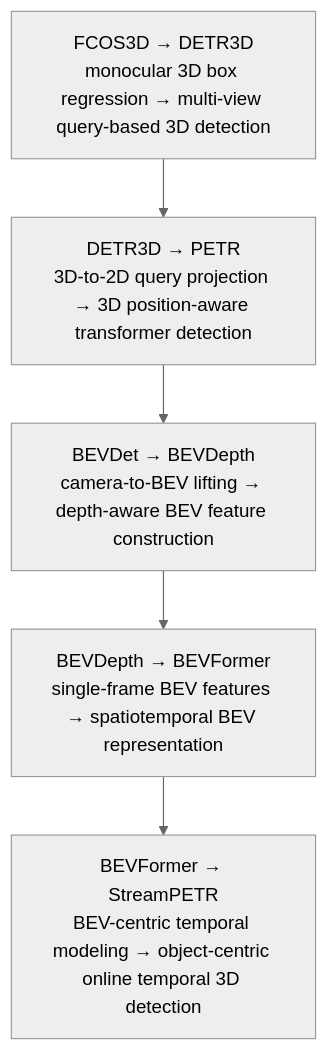
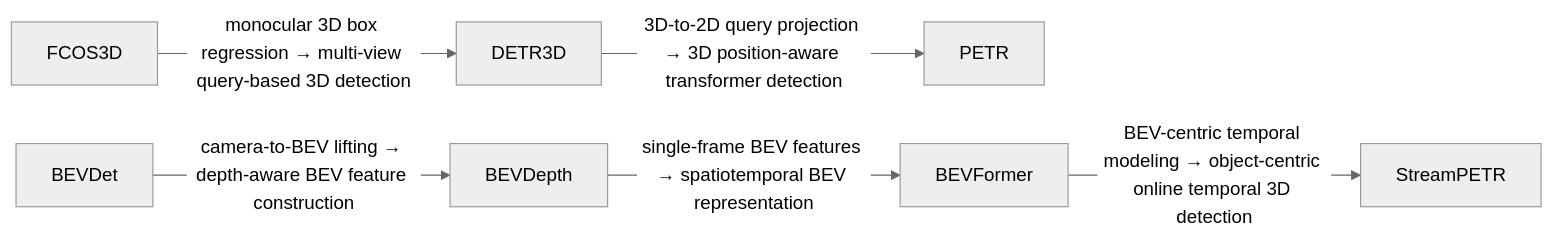
The seventh of 15 diagrams in README.md (SechanOh/awesome-multimodal-perception), drawn with Mermaid (neutral theme) before and after one commit. The commit also changed other lines of this file, not shown here.

Commit message:
Refine field evolution diagrams

````diff
--- a/README.md
+++ b/README.md
@@ -273,9 +308,15 @@
 ```mermaid
-flowchart TD
-    step1["FCOS3D → DETR3D<br/>monocular 3D box regression → multi-view query-based 3D detection"]
-    step2["DETR3D → PETR<br/>3D-to-2D query projection → 3D position-aware transformer detection"]
-    step3["BEVDet → BEVDepth<br/>camera-to-BEV lifting → depth-aware BEV feature construction"]
-    step4["BEVDepth → BEVFormer<br/>single-frame BEV features → spatiotemporal BEV representation"]
-    step5["BEVFormer → StreamPETR<br/>BEV-centric temporal modeling → object-centric online temporal 3D detection"]
-    step1 --> step2 --> step3 --> step4 --> step5
+flowchart LR
+    s6n1["FCOS3D"]
+    s6n2["DETR3D"]
+    s6n3["PETR"]
+    s6n4["BEVDet"]
+    s6n5["BEVDepth"]
+    s6n6["BEVFormer"]
+    s6n7["StreamPETR"]
+    s6n1 -->|"monocular 3D box regression → multi-view query-based 3D detection"| s6n2
+    s6n2 -->|"3D-to-2D query projection → 3D position-aware transformer detection"| s6n3
+    s6n4 -->|"camera-to-BEV lifting → depth-aware BEV feature construction"| s6n5
+    s6n5 -->|"single-frame BEV features → spatiotemporal BEV representation"| s6n6
+    s6n6 -->|"BEV-centric temporal modeling → object-centric online temporal 3D detection"| s6n7
 ```
````
